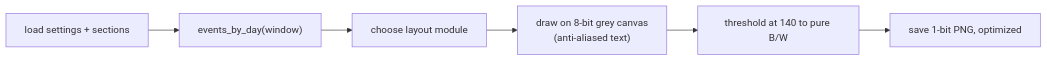
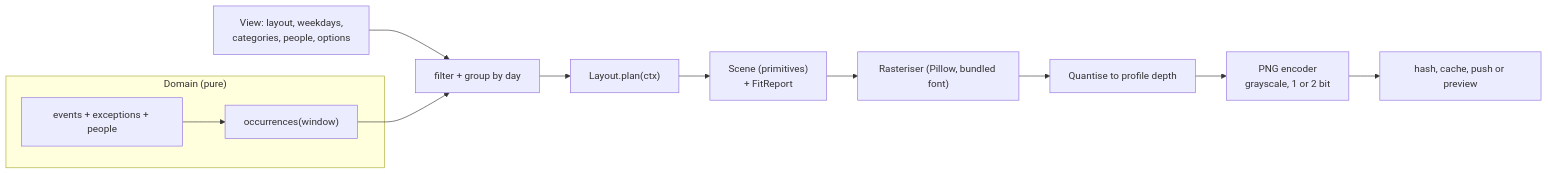
The diagram in trmnl-calendar/docs/04-rendering-design.md (sirvishal-homelab/homelab), drawn with Mermaid before and after one commit. The commit also changed other lines of this file and 49 other files, not shown here.

````diff
--- a/trmnl-calendar/docs/04-rendering-design.md
+++ b/trmnl-calendar/docs/04-rendering-design.md
@@ -8,8 +20,14 @@
 ```mermaid
 flowchart LR
-  A["load settings + sections"] --> B["events_by_day(window)"]
-  B --> C["choose layout module"]
-  C --> D["draw on 8-bit grey canvas<br/>(anti-aliased text)"]
-  D --> E["threshold at 140 to pure B/W"]
-  E --> F["save 1-bit PNG, optimized"]
+  subgraph domain["Domain (pure)"]
+    A["events + exceptions + people"] --> B["occurrences(window)"]
+  end
+  V["View: layout, weekdays,<br/>categories, people, options"] --> F
+  B --> F["filter + group by day"]
+  F --> P["Layout.plan(ctx)"]
+  P --> S["Scene (primitives)<br/>+ FitReport"]
+  S --> R["Rasteriser (Pillow, bundled font)"]
+  R --> Q["Quantise to profile depth"]
+  Q --> E["PNG encoder<br/>grayscale, 1 or 2 bit"]
+  E --> H["hash, cache, push or preview"]
 ```
````
